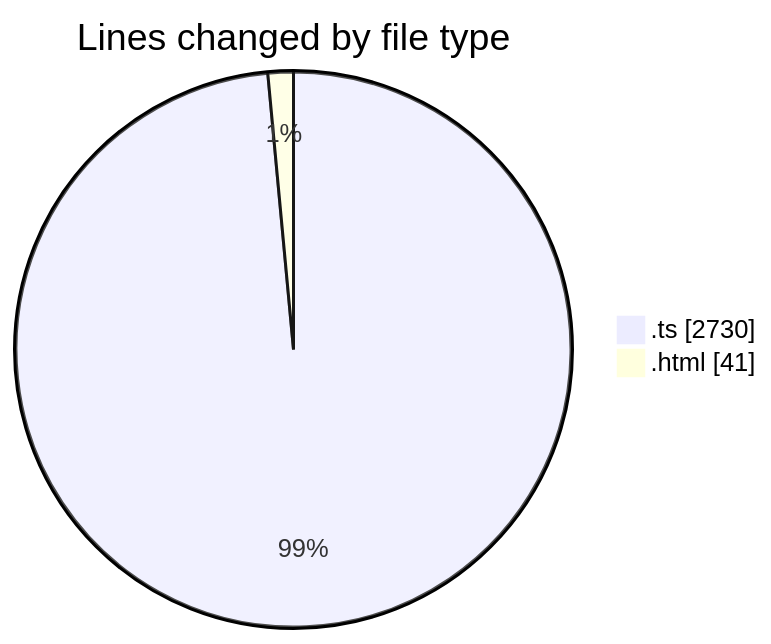
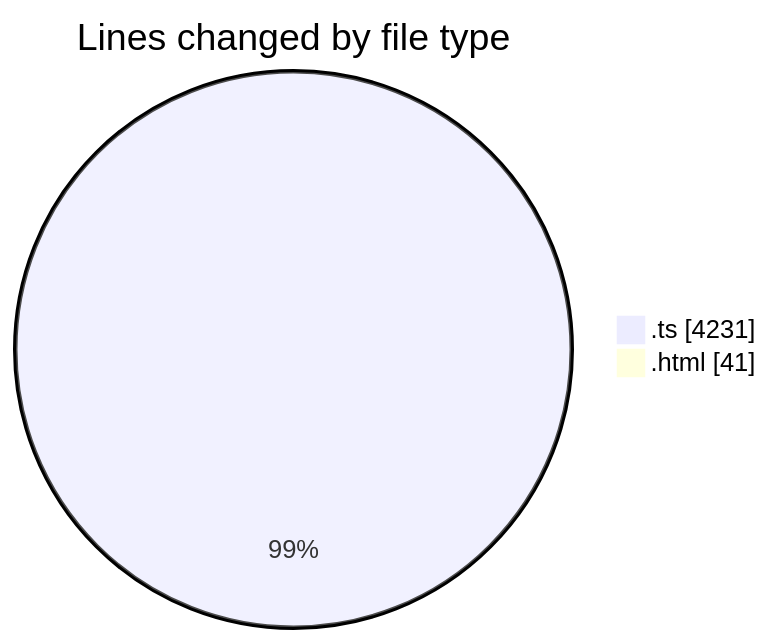
One commit to tmsrecording-cyber/code-tracking changed the first of 2 diagrams in 2026-02-08/singularitybrainai/README.md. Above: the diagram before and after it, drawn with Mermaid. The commit also changed other lines of this file and 1 other file, not shown here.

````diff
--- a/2026-02-08/singularitybrainai/README.md
+++ b/2026-02-08/singularitybrainai/README.md
@@ -25,6 +26,6 @@
 ```mermaid
 pie showData
 title Lines changed by file type
-".ts" : 2730
+".ts" : 4231
 ".html" : 41
 ```
````
